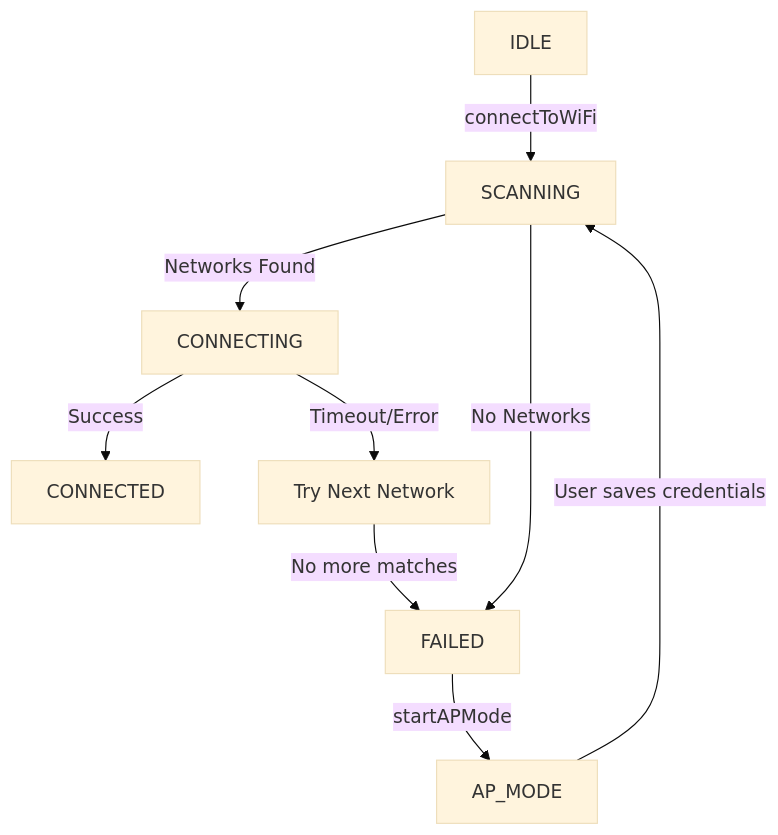
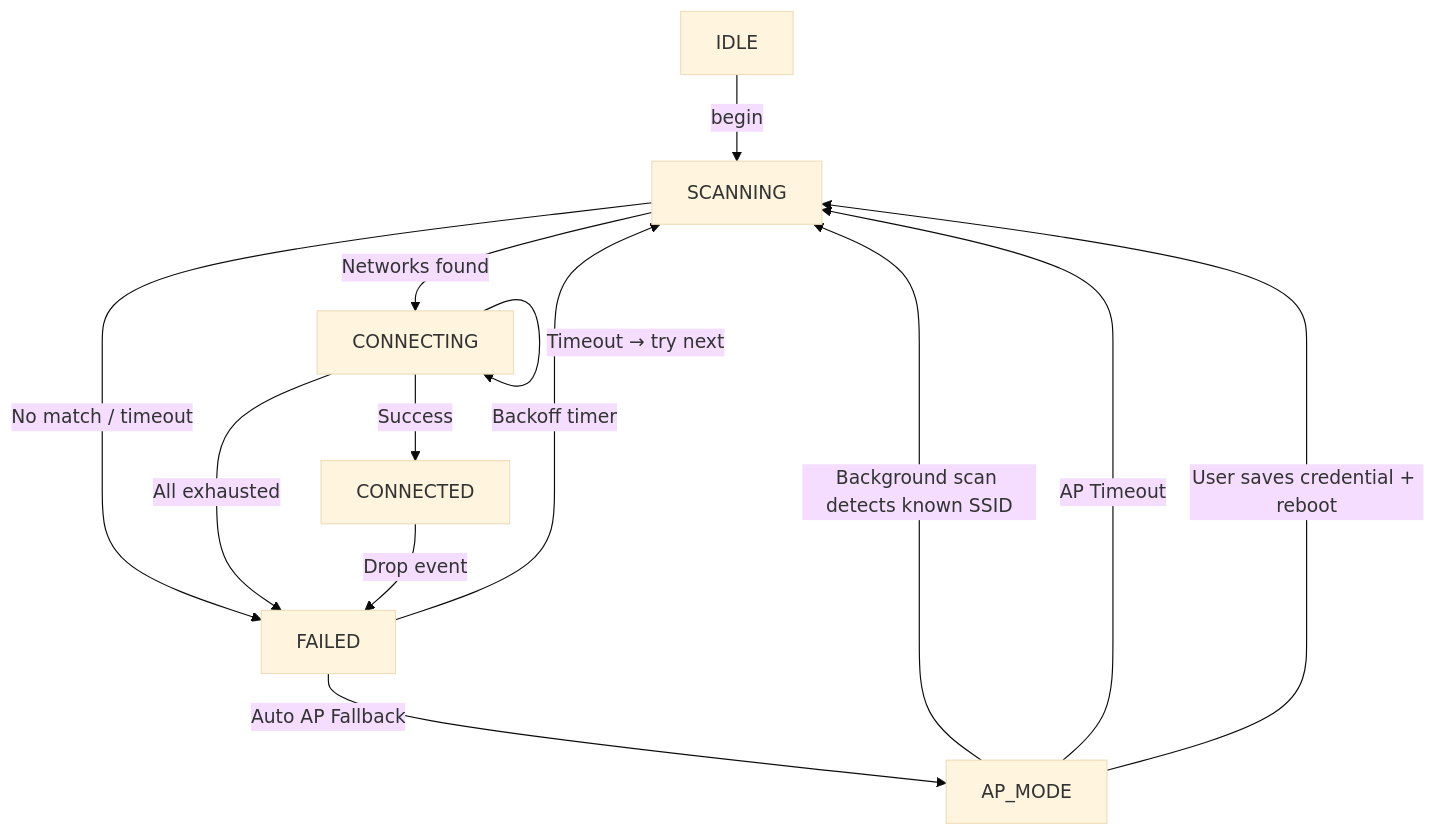
One commit to nazmuzChakib/ESPWiFiManager changed the diagram in README.md. Above: the diagram before and after it, drawn with Mermaid (base theme). The commit also changed other lines of this file and 6 other files, not shown here.

Commit message:
feat: refactor library to v5 with unified NVS storage, automatic AP fallback, event callbacks, and ESP8266 support

````diff
--- a/README.md
+++ b/README.md
@@ -52,11 +71,15 @@
 ```mermaid
 graph TD
-    A[IDLE] -->|connectToWiFi| B[SCANNING]
-    B -->|Networks Found| C[CONNECTING]
-    B -->|No Networks| F[FAILED]
+    A[IDLE] -->|begin| B[SCANNING]
+    B -->|Networks found| C[CONNECTING]
+    B -->|No match / timeout| F[FAILED]
     C -->|Success| D[CONNECTED]
-    C -->|Timeout/Error| E[Try Next Network]
-    E -->|No more matches| F[FAILED]
-    F -->|startAPMode| G[AP_MODE]
-    G -->|User saves credentials| B
+    C -->|Timeout → try next| C
+    C -->|All exhausted| F
+    D -->|Drop event| F
+    F -->|Auto AP Fallback| G[AP_MODE]
+    F -->|Backoff timer| B
+    G -->|Background scan detects known SSID| B
+    G -->|AP Timeout| B
+    G -->|User saves credential + reboot| B
 ```
````
